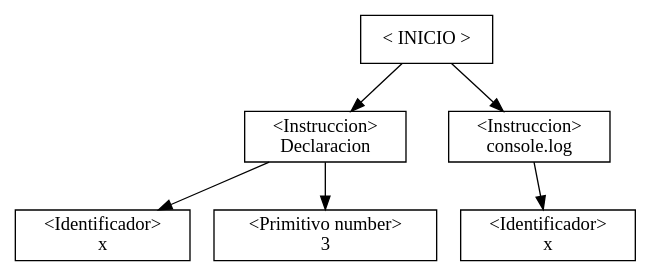
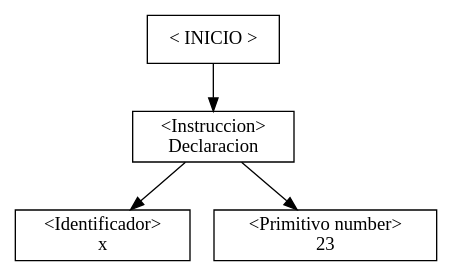
One commit to diegomazariegos2002/proyecto1-compi2-vacas1-2023 changed the diagram in Backend/ast.dot. Above: the diagram before and after it, drawn with Graphviz. The commit also changed 65 other files, not shown here.

```diff
--- a/Backend/ast.dot
+++ b/Backend/ast.dot
@@ -1,16 +1,12 @@
 digraph G { 
 node[shape=box];
 nodeInicio[label="<\ INICIO \>"];
 
-instruccion_1_1_1395952523248_[label="\<Instruccion\>\nDeclaracion"];
-instruccion_1_1_1395952523248_id[label="\<Identificador\>\nx"];
-instruccion_1_1_1395952523248_ -> instruccion_1_1_1395952523248_id;
-instruccion_1_9_1395952523104_[label="<Primitivo number>\n3"];
-instruccion_1_1_1395952523248_ -> instruccion_1_9_1395952523104_;
-nodeInicio->instruccion_1_1_1395952523248_;
-instruccion_2_13_1395952522960_[label="\<Instruccion\>\nconsole.log"];
-instruccion_2_25_1395952522864_[label="\<Identificador\>\nx"];
-instruccion_2_13_1395952522960_ -> instruccion_2_25_1395952522864_;
-nodeInicio->instruccion_2_13_1395952522960_;
+instruccion_1_1_2159122841120_[label="\<Instruccion\>\nDeclaracion"];
+instruccion_1_1_2159122841120_id[label="\<Identificador\>\nx"];
+instruccion_1_1_2159122841120_ -> instruccion_1_1_2159122841120_id;
+instruccion_1_16_2159122840832_[label="<Primitivo number>\n23"];
+instruccion_1_1_2159122841120_ -> instruccion_1_16_2159122840832_;
+nodeInicio->instruccion_1_1_2159122841120_;
 
 }
```
